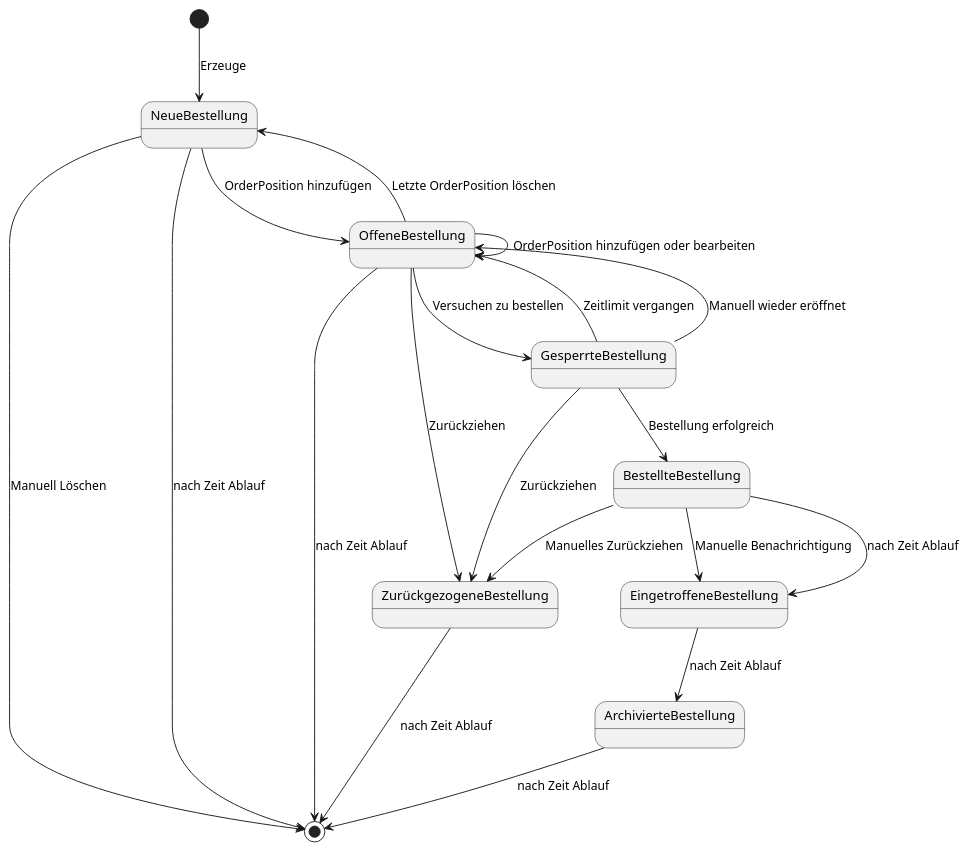
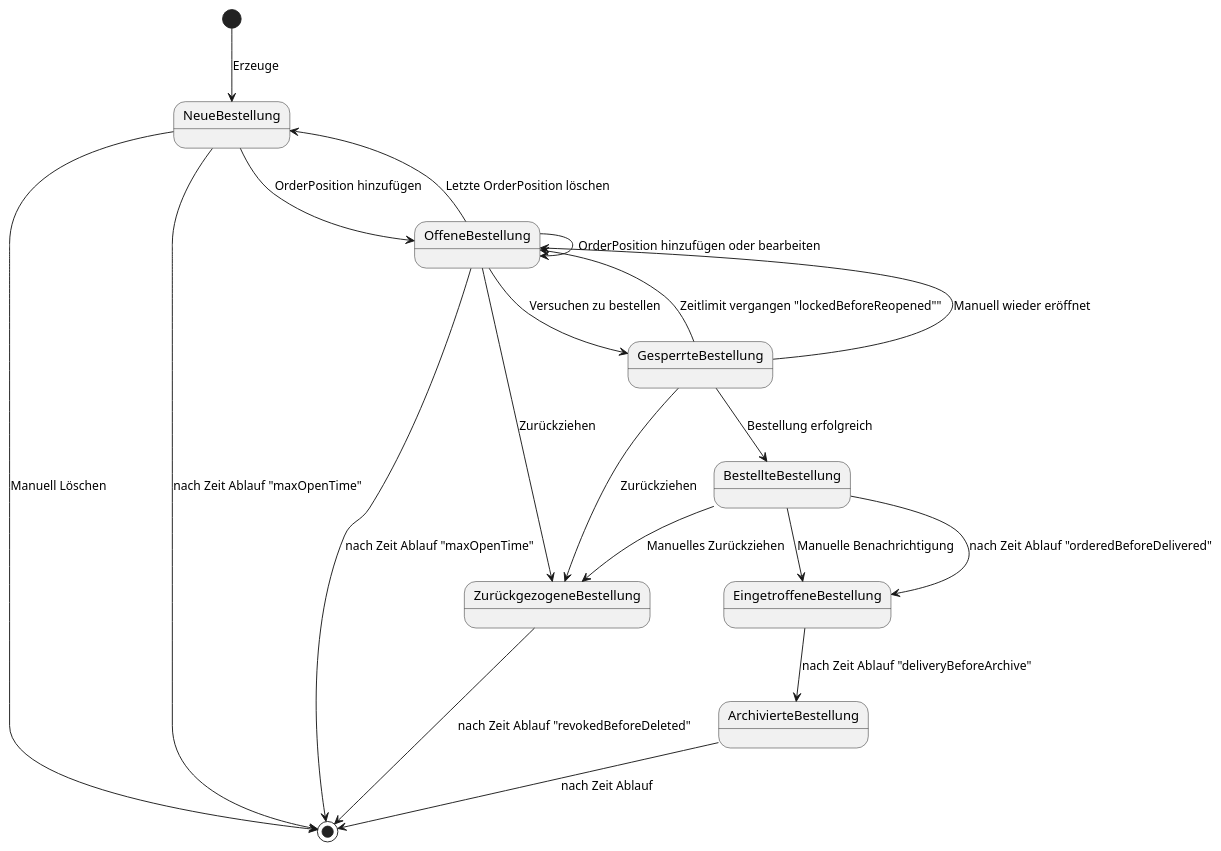
One commit to Skym0sh0/in-the-mealtime changed the diagram in order-states.puml. Above: the diagram before and after it, drawn with PlantUML. The commit also changed 3 other files, not shown here.

```diff
--- a/order-states.puml
+++ b/order-states.puml
@@ -1,30 +1,30 @@
 @startuml
 [*] --> NeueBestellung : Erzeuge
 
 NeueBestellung -->[*]: Manuell Löschen
-NeueBestellung --> [*]: nach Zeit Ablauf
+NeueBestellung --> [*]: nach Zeit Ablauf "maxOpenTime"
 
 NeueBestellung --> OffeneBestellung : OrderPosition hinzufügen
 OffeneBestellung --> OffeneBestellung : OrderPosition hinzufügen oder bearbeiten
-OffeneBestellung --> [*]: nach Zeit Ablauf
+OffeneBestellung --> [*]: nach Zeit Ablauf "maxOpenTime"
 
 OffeneBestellung --> NeueBestellung: Letzte OrderPosition löschen
 
 OffeneBestellung --> GesperrteBestellung : Versuchen zu bestellen
-GesperrteBestellung --> OffeneBestellung : Zeitlimit vergangen
+GesperrteBestellung --> OffeneBestellung : Zeitlimit vergangen "lockedBeforeReopened""
 GesperrteBestellung --> OffeneBestellung : Manuell wieder eröffnet
 GesperrteBestellung --> BestellteBestellung: Bestellung erfolgreich
 
 OffeneBestellung --> ZurückgezogeneBestellung : Zurückziehen
 GesperrteBestellung --> ZurückgezogeneBestellung : Zurückziehen
-ZurückgezogeneBestellung --> [*] : nach Zeit Ablauf
+ZurückgezogeneBestellung --> [*] : nach Zeit Ablauf "revokedBeforeDeleted"
 
 BestellteBestellung --> EingetroffeneBestellung : Manuelle Benachrichtigung
-BestellteBestellung --> EingetroffeneBestellung: nach Zeit Ablauf
+BestellteBestellung --> EingetroffeneBestellung: nach Zeit Ablauf "orderedBeforeDelivered"
 
 BestellteBestellung --> ZurückgezogeneBestellung : Manuelles Zurückziehen
-EingetroffeneBestellung --> ArchivierteBestellung: nach Zeit Ablauf
+EingetroffeneBestellung --> ArchivierteBestellung: nach Zeit Ablauf "deliveryBeforeArchive"
 
 ArchivierteBestellung --> [*] : nach Zeit Ablauf
 
 @enduml
```
